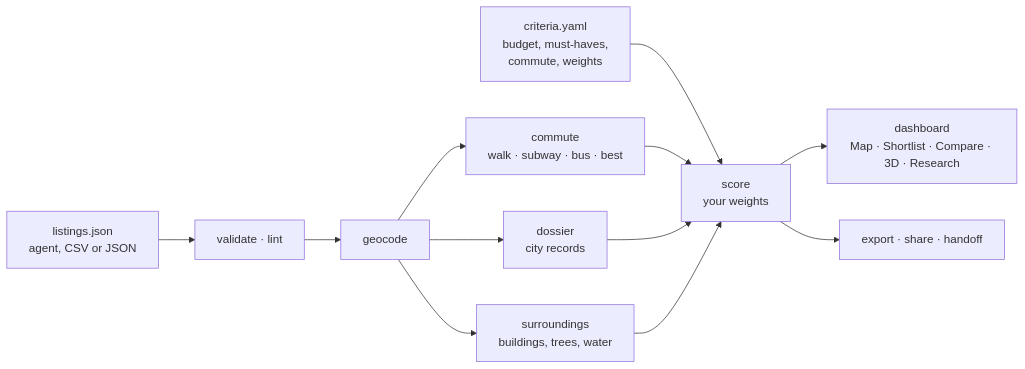
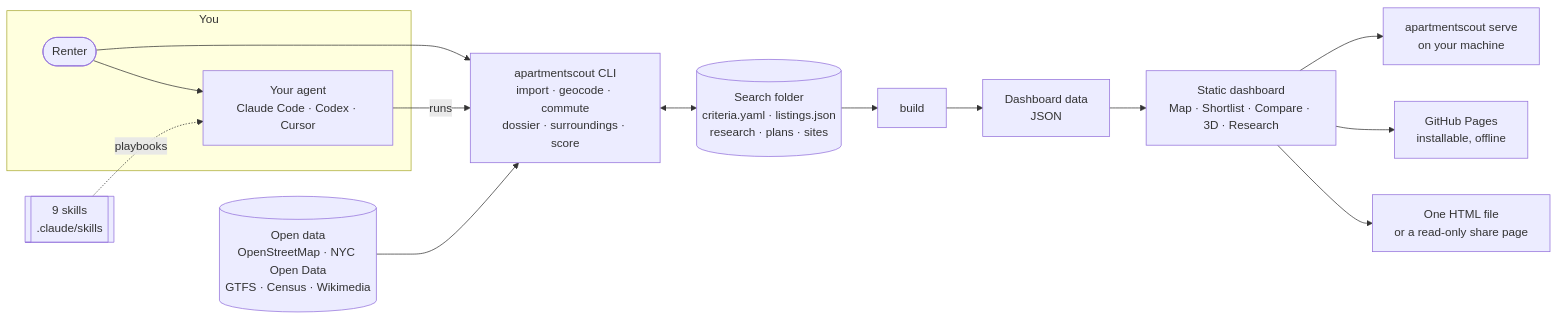
Before and after one commit to 0marm0/ApartmentScout: the diagram in README.md, drawn with Mermaid. The commit also changed other lines of this file and 4 other files, not shown here.

Commit message:
docs: README rewrite with animated walk-through, badges, FAQ, privacy and architecture diagram

````diff
--- a/README.md
+++ b/README.md
@@ -121,14 +48,28 @@
 ```mermaid
 flowchart LR
-  A[criteria.yaml<br>budget, must-haves,<br>commute, weights] --> S
-  B[listings.json<br>agent, CSV or JSON] --> Q[validate · lint]
-  Q --> G[geocode]
-  G --> C[commute<br>walk · subway · bus · best]
-  G --> R[dossier<br>city records]
-  G --> V[surroundings<br>buildings, trees, water]
-  C --> S[score<br>your weights]
-  R --> S
-  V --> S
-  S --> D[dashboard<br>Map · Shortlist · Compare · 3D · Research]
-  S --> X[export · share · handoff]
+  subgraph you [You]
+    R(["Renter"])
+    AG["Your agent<br/>Claude Code · Codex · Cursor"]
+  end
+  SK[["9 skills<br/>.claude/skills"]]
+  OD[("Open data<br/>OpenStreetMap · NYC Open Data<br/>GTFS · Census · Wikimedia")]
+  CLI["apartmentscout CLI<br/>import · geocode · commute<br/>dossier · surroundings · score"]
+  SF[("Search folder<br/>criteria.yaml · listings.json<br/>research · plans · sites")]
+  B["build"]
+  DD["Dashboard data<br/>JSON"]
+  D["Static dashboard<br/>Map · Shortlist · Compare · 3D · Research"]
+  L["apartmentscout serve<br/>on your machine"]
+  P["GitHub Pages<br/>installable, offline"]
+  F["One HTML file<br/>or a read-only share page"]
+
+  R --> AG
+  R --> CLI
+  SK -. playbooks .-> AG
+  AG -->|runs| CLI
+  OD --> CLI
+  CLI <--> SF
+  SF --> B --> DD --> D
+  D --> L
+  D --> P
+  D --> F
 ```
````
